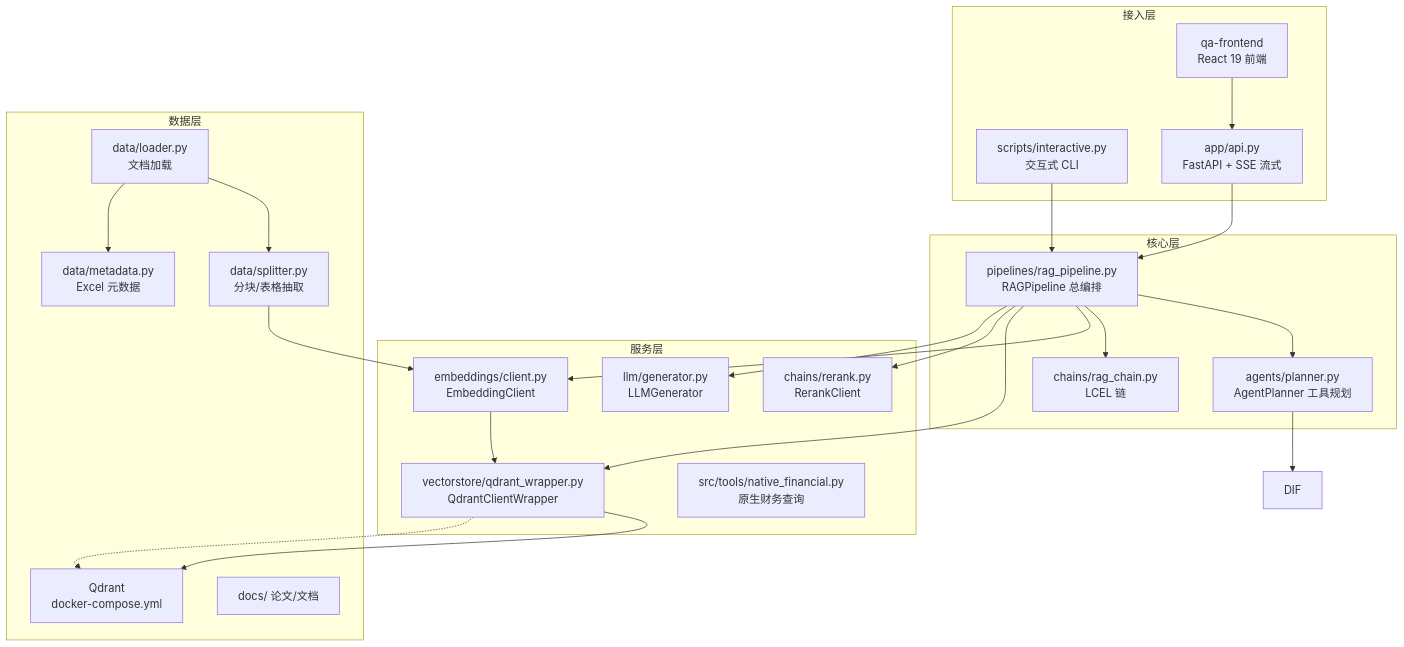
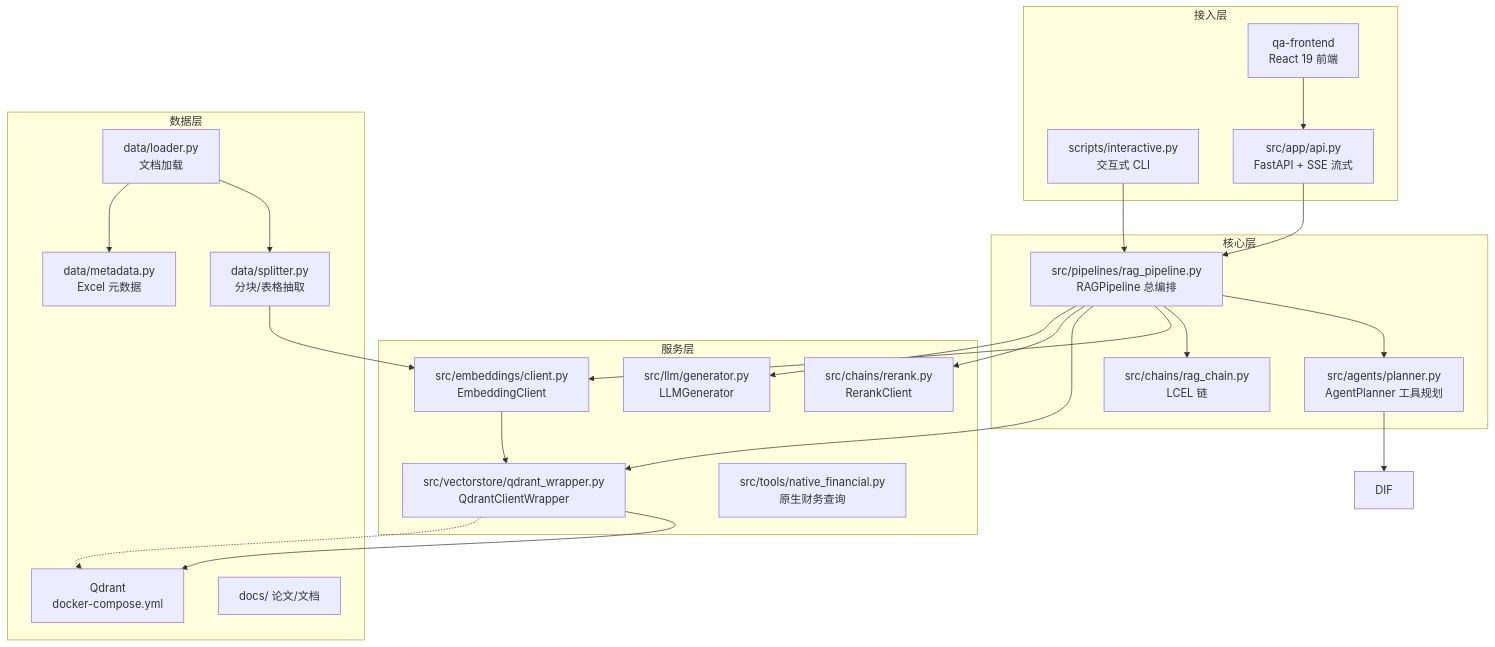
One commit to autumnieave/smart-financial-qa changed the first of 4 diagrams in docs/ARCHITECTURE.md. Above: the diagram before and after it, drawn with Mermaid. The commit also changed other lines of this file and 7 other files, not shown here.

````diff
--- a/docs/ARCHITECTURE.md
+++ b/docs/ARCHITECTURE.md
@@ -12,44 +12,44 @@
 ```mermaid
 flowchart TD
     subgraph UI["接入层"]
         CLI["scripts/interactive.py<br/>交互式 CLI"]
-        API["app/api.py<br/>FastAPI + SSE 流式"]
+        API["src/app/api.py<br/>FastAPI + SSE 流式"]
         WEB["qa-frontend<br/>React 19 前端"]
     end
 
     subgraph CORE["核心层"]
-        PIP["pipelines/rag_pipeline.py<br/>RAGPipeline 总编排"]
-        AG["agents/planner.py<br/>AgentPlanner 工具规划"]
-        CH["chains/rag_chain.py<br/>LCEL 链"]
+        PIP["src/pipelines/rag_pipeline.py<br/>RAGPipeline 总编排"]
+        AG["src/agents/planner.py<br/>AgentPlanner 工具规划"]
+        CH["src/chains/rag_chain.py<br/>LCEL 链"]
     end
 
     subgraph SVC["服务层"]
-        EMB["embeddings/client.py<br/>EmbeddingClient"]
-        VS["vectorstore/qdrant_wrapper.py<br/>QdrantClientWrapper"]
-        RR["chains/rerank.py<br/>RerankClient"]
-        LLM["llm/generator.py<br/>LLMGenerator"]
+        EMB["src/embeddings/client.py<br/>EmbeddingClient"]
+        VS["src/vectorstore/qdrant_wrapper.py<br/>QdrantClientWrapper"]
+        RR["src/chains/rerank.py<br/>RerankClient"]
+        LLM["src/llm/generator.py<br/>LLMGenerator"]
         FIN["src/tools/native_financial.py<br/>原生财务查询"]
     end
 
     subgraph DATA["数据层"]
         LD["data/loader.py<br/>文档加载"]
         SP["data/splitter.py<br/>分块/表格抽取"]
         MD["data/metadata.py<br/>Excel 元数据"]
         QD["Qdrant<br/>docker-compose.yml"]
         DOCS["docs/ 论文/文档"]
     end
 
     CLI --> PIP
     API --> PIP
     WEB --> API
     PIP --> AG
     PIP --> CH
     PIP --> EMB
     PIP --> VS
     PIP --> RR
     PIP --> LLM
     AG --> DIF
     LD --> SP --> EMB --> VS --> QD
     LD --> MD
     VS -.-> QD
 ```
````
